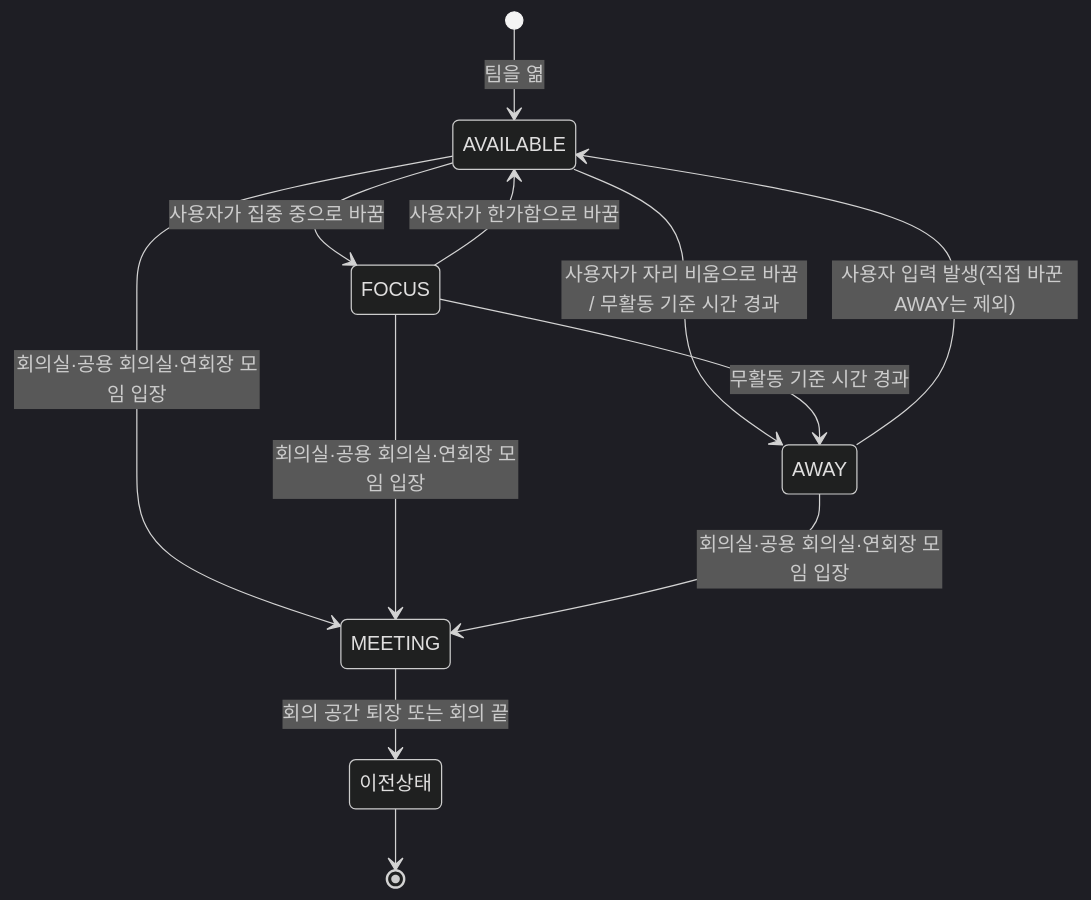
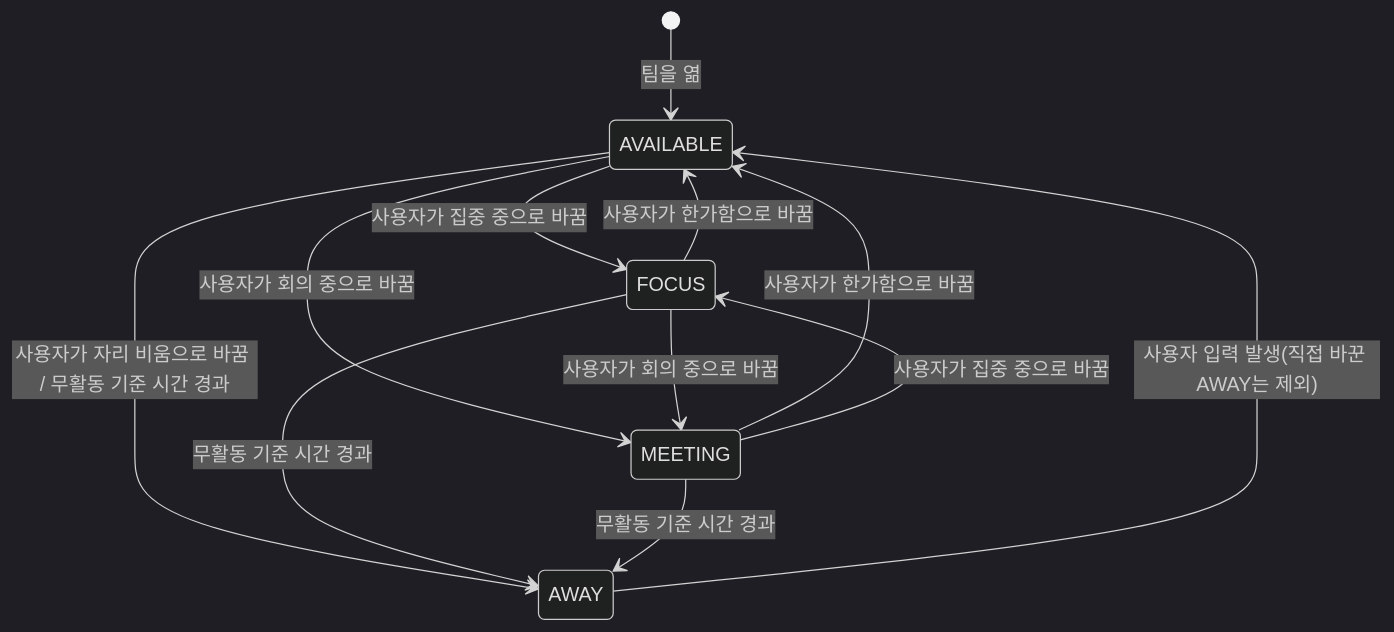
Before and after one commit to poseybutter/reberu: the third of 5 diagrams in docs/product/flows.md, drawn with Mermaid (dark theme). The commit also changed other lines of this file and 6 other files, not shown here.

````diff
--- a/docs/product/flows.md
+++ b/docs/product/flows.md
@@ -95,14 +92,14 @@
 ```mermaid
 stateDiagram-v2
     [*] --> AVAILABLE: 팀을 엶
     AVAILABLE --> FOCUS: 사용자가 집중 중으로 바꿈
     FOCUS --> AVAILABLE: 사용자가 한가함으로 바꿈
     AVAILABLE --> AWAY: 사용자가 자리 비움으로 바꿈 / 무활동 기준 시간 경과
     FOCUS --> AWAY: 무활동 기준 시간 경과
     AWAY --> AVAILABLE: 사용자 입력 발생(직접 바꾼 AWAY는 제외)
-    AVAILABLE --> MEETING: 회의실·공용 회의실·연회장 모임 입장
-    FOCUS --> MEETING: 회의실·공용 회의실·연회장 모임 입장
-    AWAY --> MEETING: 회의실·공용 회의실·연회장 모임 입장
-    MEETING --> 이전상태: 회의 공간 퇴장 또는 회의 끝
-    이전상태 --> [*]
+    AVAILABLE --> MEETING: 사용자가 회의 중으로 바꿈
+    FOCUS --> MEETING: 사용자가 회의 중으로 바꿈
+    MEETING --> AVAILABLE: 사용자가 한가함으로 바꿈
+    MEETING --> FOCUS: 사용자가 집중 중으로 바꿈
+    MEETING --> AWAY: 무활동 기준 시간 경과
 ```
````
